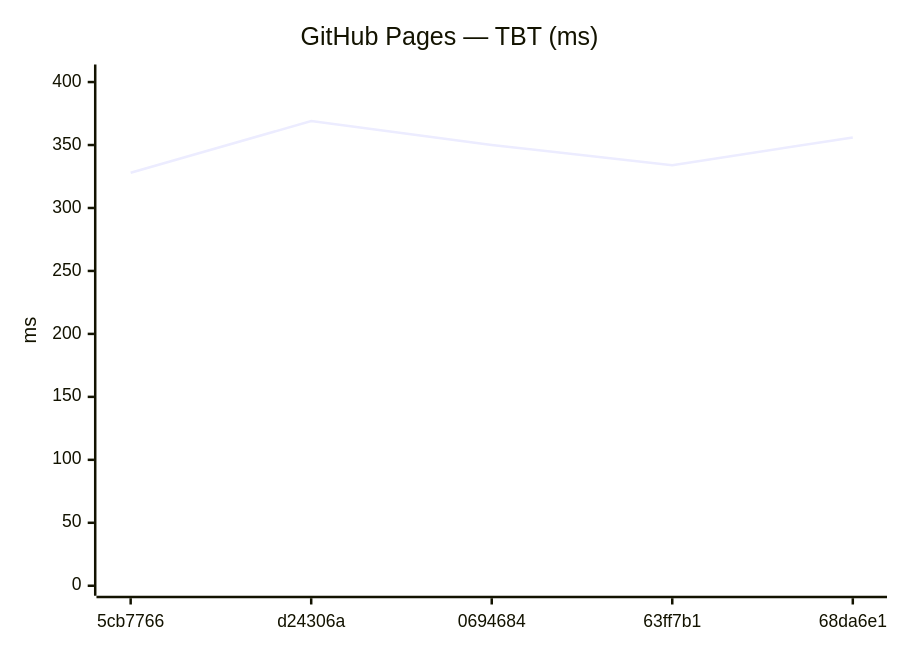
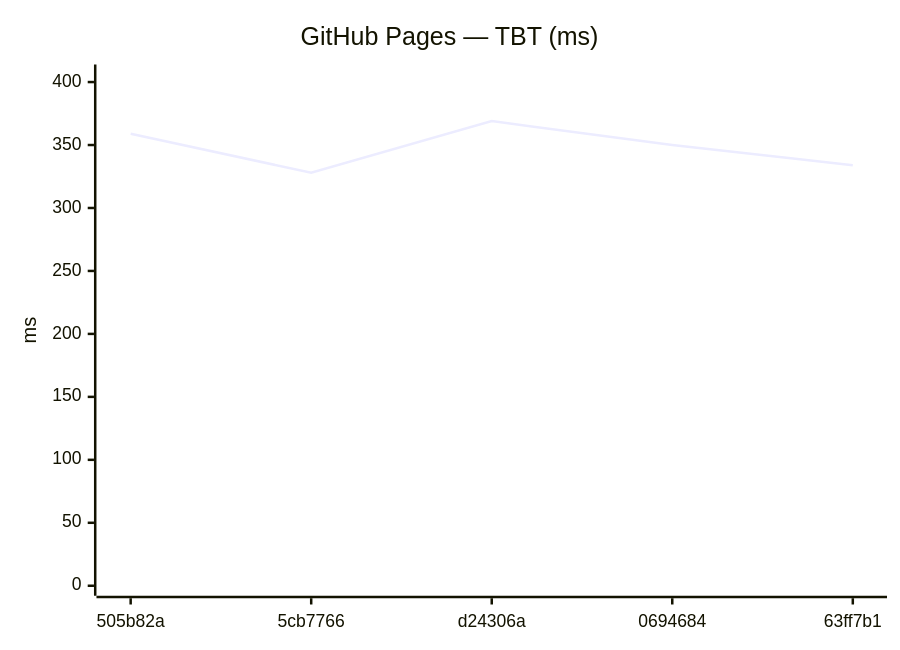
One commit to Metaheurist/Rianell changed the tenth of 18 diagrams in benchmarks/compare.md. Above: the diagram before and after it, drawn with Mermaid. The commit also changed other lines of this file and 11 other files, not shown here.

````diff
--- a/benchmarks/compare.md
+++ b/benchmarks/compare.md
@@ -149,7 +149,7 @@
 ```mermaid
 xychart-beta
     title "GitHub Pages — TBT (ms)"
-    x-axis ["5cb7766", "d24306a", "0694684", "63ff7b1", "68da6e1"]
+    x-axis ["505b82a", "5cb7766", "d24306a", "0694684", "63ff7b1"]
     y-axis "ms" 0 --> 406
-    line [328, 369, 350, 334, 356]
+    line [359, 328, 369, 350, 334]
 ```
````
